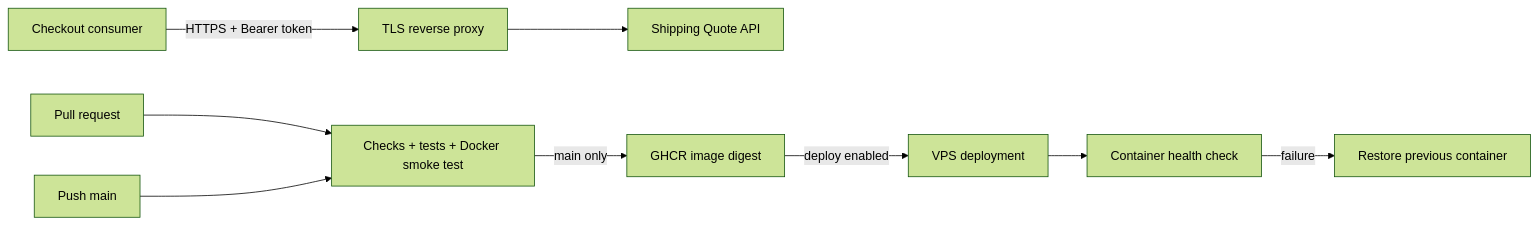
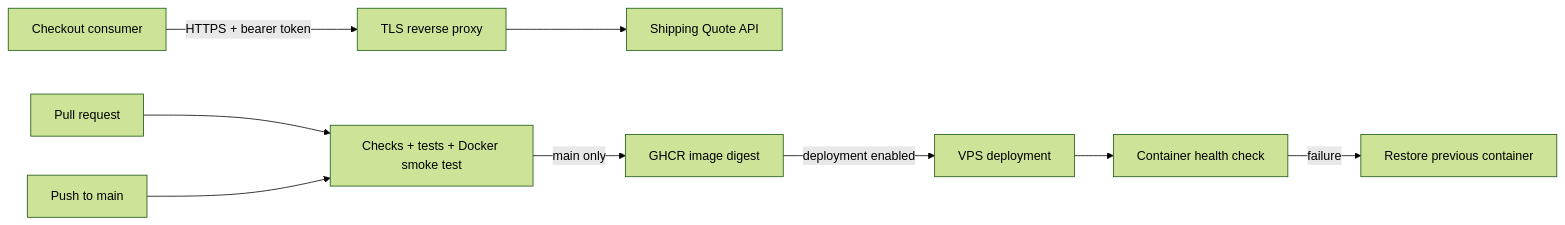
The diagram in README.md (soki-chrisna/Shipping-Quote-API), drawn with Mermaid (forest theme) before and after one commit. The commit also changed other lines of this file, not shown here.

````diff
--- a/README.md
+++ b/README.md
@@ -60,11 +152,11 @@
 ```mermaid
 flowchart LR
-  Client[Checkout consumer] -->|HTTPS + Bearer token| Proxy[TLS reverse proxy]
+  Client[Checkout consumer] -->|HTTPS + bearer token| Proxy[TLS reverse proxy]
   Proxy --> API[Shipping Quote API]
   PR[Pull request] --> Tests[Checks + tests + Docker smoke test]
-  Main[Push main] --> Tests
+  Main[Push to main] --> Tests
   Tests -->|main only| Registry[GHCR image digest]
-  Registry -->|deploy enabled| VPS[VPS deployment]
+  Registry -->|deployment enabled| VPS[VPS deployment]
   VPS --> Health[Container health check]
   Health -->|failure| Rollback[Restore previous container]
 ```
````
